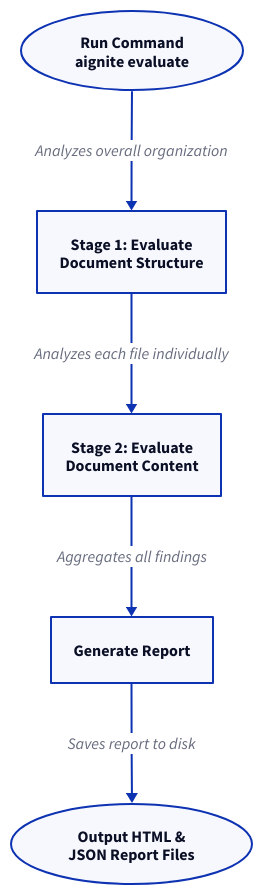
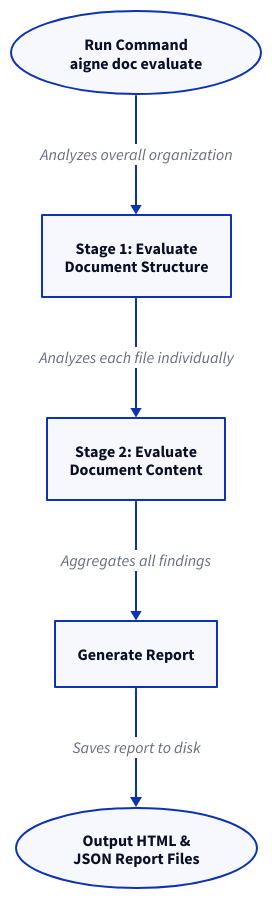
The diagram in docs/guides-evaluating-documents.md (AIGNE-io/aigne-doc-smith), drawn with D2 before and after one commit. The commit also changed other lines of this file and 3 other files, not shown here.

````diff
--- a/docs/guides-evaluating-documents.md
+++ b/docs/guides-evaluating-documents.md
@@ -9,33 +9,33 @@
 ```d2
 direction: down
 
 start: {
-  label: "Run Command\naignite evaluate"
+  label: "Run Command\naigne doc evaluate"
   shape: oval
 }
 
 structure-eval: {
   label: "Stage 1: Evaluate\nDocument Structure"
   shape: rectangle
 }
 
 content-eval: {
   label: "Stage 2: Evaluate\nDocument Content"
   shape: rectangle
 }
 
 report-gen: {
   label: "Generate Report"
   shape: rectangle
 }
 
 output: {
   label: "Output HTML &\nJSON Report Files"
   shape: oval
 }
 
 start -> structure-eval: "Analyzes overall organization"
 structure-eval -> content-eval: "Analyzes each file individually"
 content-eval -> report-gen: "Aggregates all findings"
 report-gen -> output: "Saves report to disk"
 ```
````
